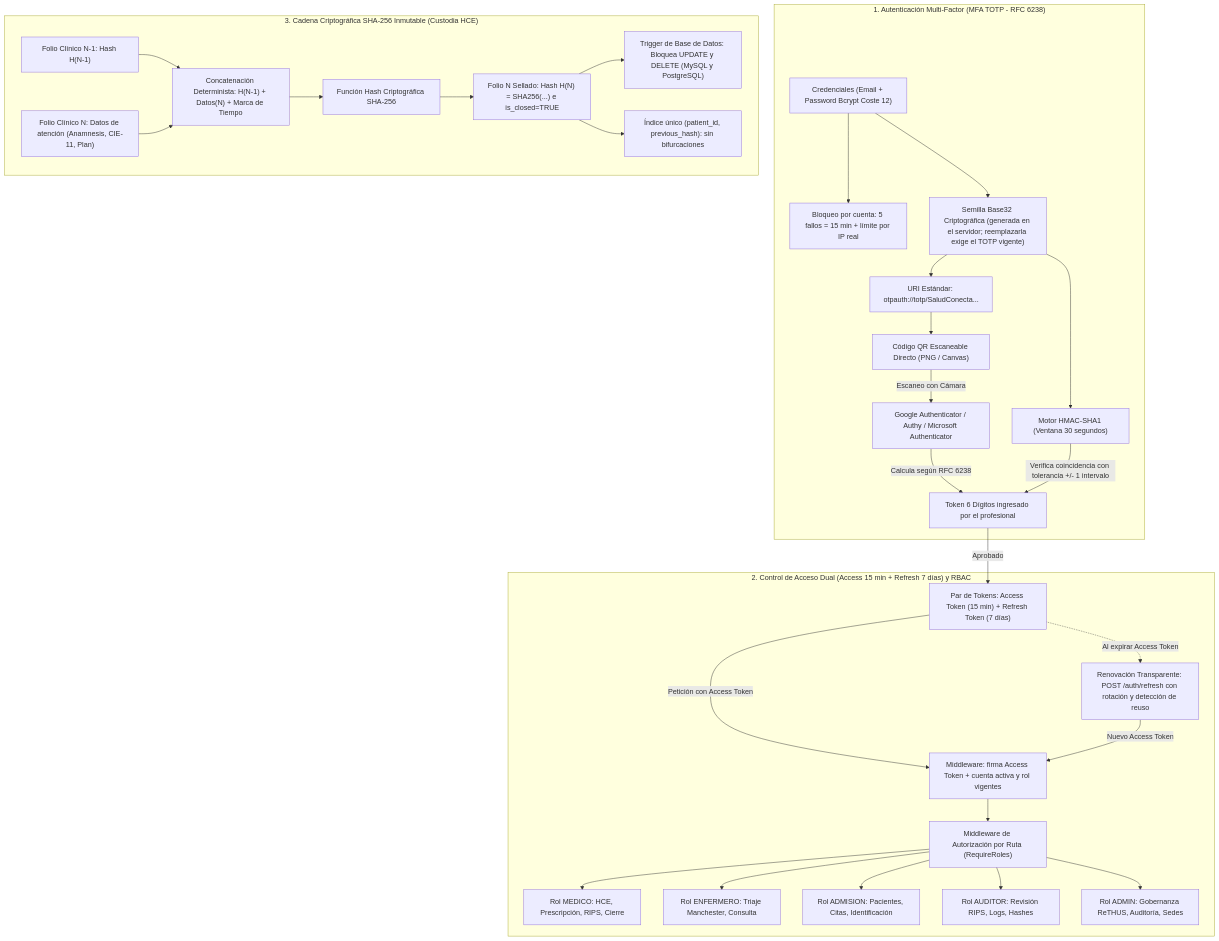
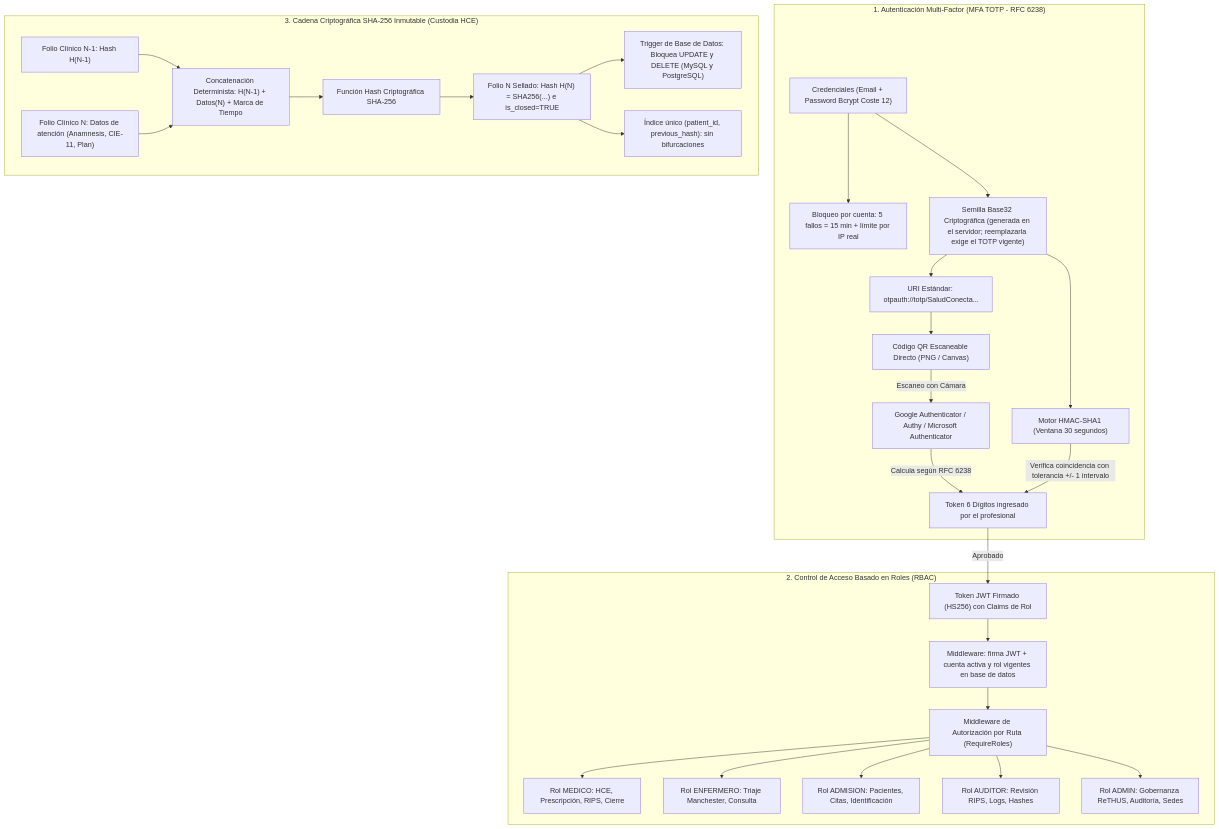
The fourth of 10 diagrams in README.md (ThiagoVelez/Proyecto_felipe), drawn with Mermaid before and after one commit. The commit also changed other lines of this file and 7 other files, not shown here.

Commit message:
docs(readme): restaurar y ampliar catalogo completo de 14 diagramas tecnicos y eliminar qa.md redundante

````diff
--- a/README.md
+++ b/README.md
@@ -572,58 +914,55 @@
 ```mermaid
 flowchart TD
     subgraph MFAFlow ["1. Autenticación Multi-Factor (MFA TOTP - RFC 6238)"]
         Credentials["Credenciales (Email + Password Bcrypt Coste 12)"]
         Lockout["Bloqueo por cuenta: 5 fallos = 15 min + límite por IP real"]
         Base32Seed["Semilla Base32 Criptográfica (generada en el servidor; reemplazarla exige el TOTP vigente)"]
         QRURI["URI Estándar: otpauth://totp/SaludConecta..."]
         QRImage["Código QR Escaneable Directo (PNG / Canvas)"]
         PhoneApp["Google Authenticator / Authy / Microsoft Authenticator"]
         HMACEngine["Motor HMAC-SHA1 (Ventana 30 segundos)"]
         UserOTP["Token 6 Dígitos ingresado por el profesional"]
 
         Credentials --> Lockout
         Credentials --> Base32Seed
         Base32Seed --> QRURI
         QRURI --> QRImage
         QRImage -->|Escaneo con Cámara| PhoneApp
         PhoneApp -->|Calcula según RFC 6238| UserOTP
         Base32Seed --> HMACEngine
         HMACEngine -->|Verifica coincidencia con tolerancia +/- 1 intervalo| UserOTP
     end
 
-    subgraph RBACEngine ["2. Control de Acceso Dual (Access 15 min + Refresh 7 días) y RBAC"]
-        TokensPair["Par de Tokens: Access Token (15 min) + Refresh Token (7 días)"]
-        SessionCheck["Middleware: firma Access Token + cuenta activa y rol vigentes"]
-        RefreshFlow["Renovación Transparente: POST /auth/refresh con rotación y detección de reuso"]
+    subgraph RBACEngine ["2. Control de Acceso Basado en Roles (RBAC)"]
+        JWTToken["Token JWT Firmado (HS256) con Claims de Rol"]
+        SessionCheck["Middleware: firma JWT + cuenta activa y rol vigentes en base de datos"]
         RoleGuard["Middleware de Autorización por Ruta (RequireRoles)"]
         RoleMedico["Rol MEDICO: HCE, Prescripción, RIPS, Cierre"]
         RoleEnfermero["Rol ENFERMERO: Triaje Manchester, Consulta"]
         RoleAdmision["Rol ADMISION: Pacientes, Citas, Identificación"]
         RoleAuditor["Rol AUDITOR: Revisión RIPS, Logs, Hashes"]
         RoleAdmin["Rol ADMIN: Gobernanza ReTHUS, Auditoría, Sedes"]
 
-        UserOTP -->|Aprobado| TokensPair
-        TokensPair -->|Petición con Access Token| SessionCheck
-        TokensPair -.->|Al expirar Access Token| RefreshFlow
-        RefreshFlow -->|Nuevo Access Token| SessionCheck
+        UserOTP -->|Aprobado| JWTToken
+        JWTToken --> SessionCheck
         SessionCheck --> RoleGuard
         RoleGuard --> RoleMedico & RoleEnfermero & RoleAdmision & RoleAuditor & RoleAdmin
     end
 
     subgraph HashChaining ["3. Cadena Criptográfica SHA-256 Inmutable (Custodia HCE)"]
         FolioPrevio["Folio Clínico N-1: Hash H(N-1)"]
         FolioActual["Folio Clínico N: Datos de atención (Anamnesis, CIE-11, Plan)"]
         HashConcat["Concatenación Determinista: H(N-1) + Datos(N) + Marca de Tiempo"]
         EngineSHA256["Función Hash Criptográfica SHA-256"]
         FolioFirmado["Folio N Sellado: Hash H(N) = SHA256(...) e is_closed=TRUE"]
         SQLTrigger["Trigger de Base de Datos: Bloquea UPDATE y DELETE (MySQL y PostgreSQL)"]
         UniqueLink["Índice único (patient_id, previous_hash): sin bifurcaciones"]
 
         FolioPrevio --> HashConcat
         FolioActual --> HashConcat
         HashConcat --> EngineSHA256
         EngineSHA256 --> FolioFirmado
         FolioFirmado --> SQLTrigger
         FolioFirmado --> UniqueLink
     end
 ```
````
